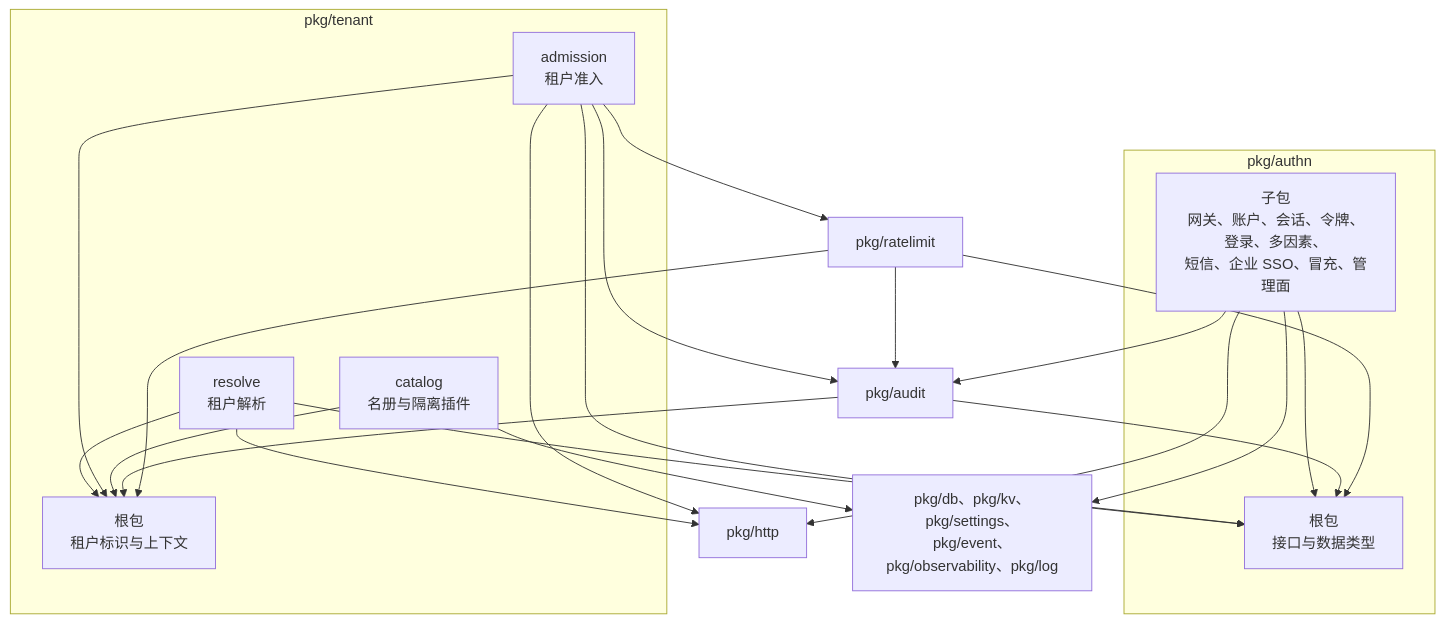
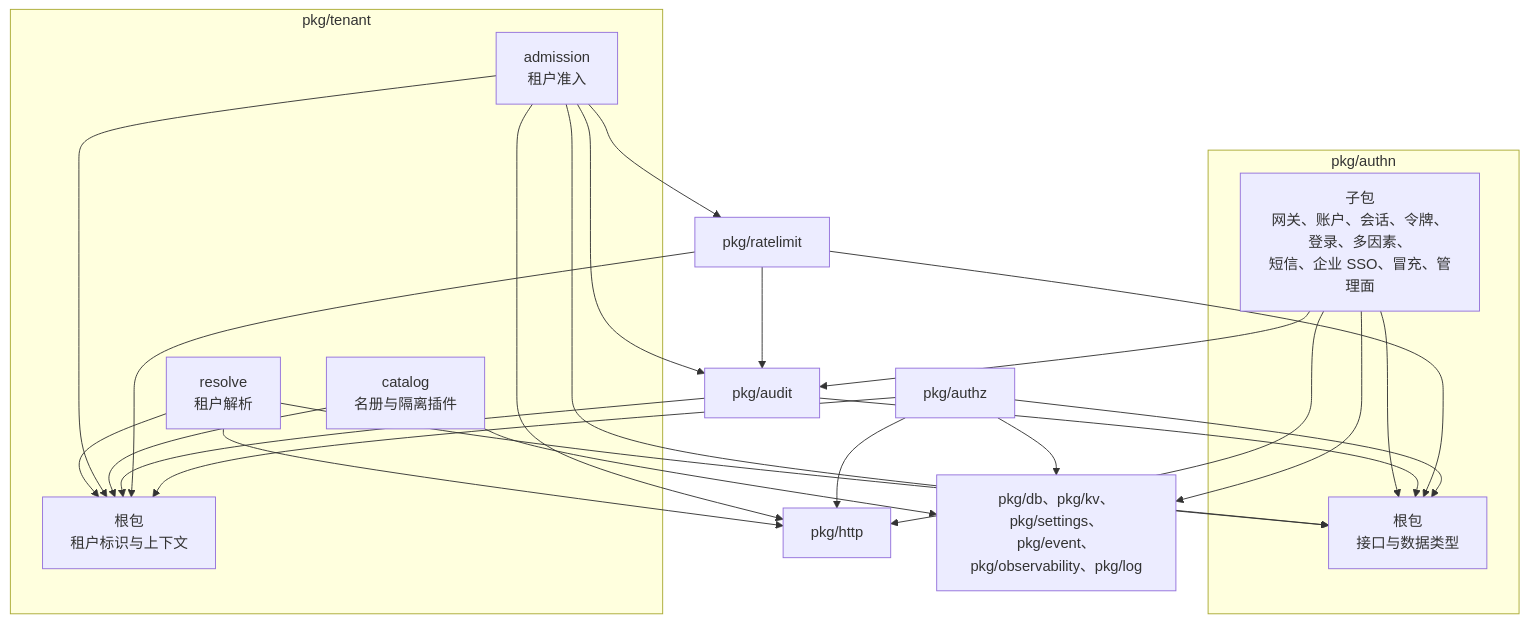
One commit to wangzw/speed changed the second of 3 diagrams in docs/design/architecture.md. Above: the diagram before and after it, drawn with Mermaid. The commit also changed other lines of this file and 27 other files, not shown here.

````diff
--- a/docs/design/architecture.md
+++ b/docs/design/architecture.md
@@ -73,37 +73,42 @@
 ```mermaid
 graph TD
   subgraph authn["pkg/authn"]
     aroot["根包<br/>接口与数据类型"]
     aleaf["子包<br/>网关、账户、会话、令牌、登录、多因素、<br/>短信、企业 SSO、冒充、管理面"]
   end
   subgraph tenant["pkg/tenant"]
     troot["根包<br/>租户标识与上下文"]
     resolve["resolve<br/>租户解析"]
     admission["admission<br/>租户准入"]
     catalog["catalog<br/>名册与隔离插件"]
   end
+  authz["pkg/authz"]
   http["pkg/http"]
   audit["pkg/audit"]
   ratelimit["pkg/ratelimit"]
   lower["pkg/db、pkg/kv、pkg/settings、<br/>pkg/event、pkg/observability、pkg/log"]
 
   aleaf --> aroot
   aleaf --> http
   aleaf --> audit
   aleaf --> lower
   resolve --> aroot
   resolve --> troot
   resolve --> http
   admission --> aroot
   admission --> troot
   admission --> http
   admission --> audit
   admission --> ratelimit
   catalog --> troot
   catalog --> lower
   audit --> aroot
   audit --> troot
   ratelimit --> aroot
   ratelimit --> troot
   ratelimit --> audit
+  authz --> aroot
+  authz --> troot
+  authz --> http
+  authz --> lower
 ```
````
